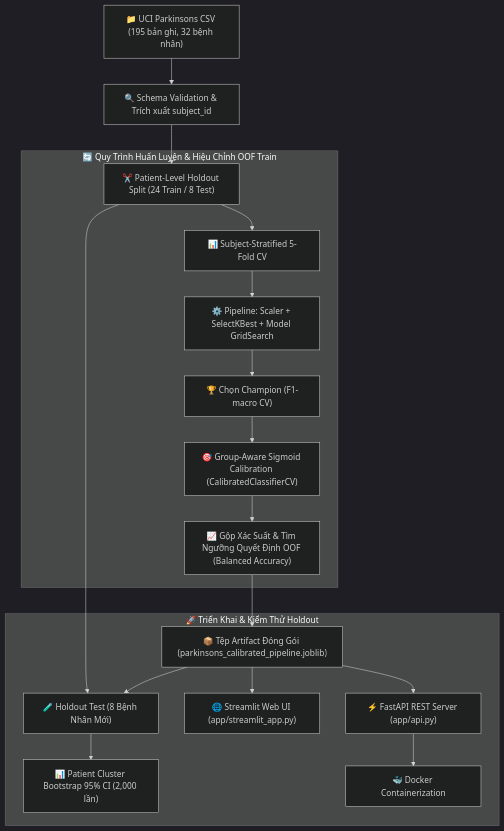
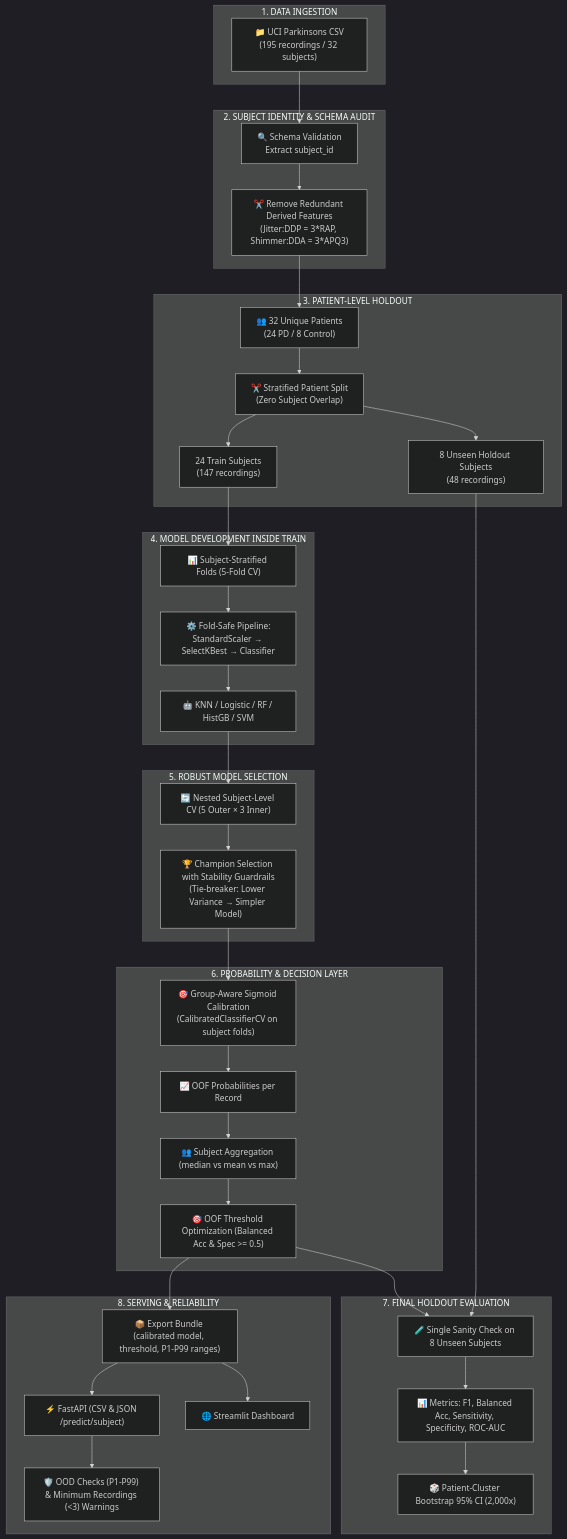
The diagram in README.md (haminhthong/parkinsons-voice-classification), drawn with Mermaid (dark theme) before and after one commit. The commit also changed other lines of this file and 12 other files, not shown here.

````diff
--- a/README.md
+++ b/README.md
@@ -48,23 +71,50 @@
 ```mermaid
 flowchart TD
-    A["📁 UCI Parkinsons CSV (195 bản ghi, 32 bệnh nhân)"] --> B["🔍 Schema Validation & Trích xuất subject_id"]
-    B --> C["✂️ Patient-Level Holdout Split (24 Train / 8 Test)"]
-    
-    subgraph Train_Phase ["🔄 Quy Trình Huấn Luyện & Hiệu Chỉnh OOF Train"]
-        C --> D["📊 Subject-Stratified 5-Fold CV"]
-        D --> E["⚙️ Pipeline: Scaler + SelectKBest + Model GridSearch"]
-        E --> F["🏆 Chọn Champion (F1-macro CV)"]
-        F --> G["🎯 Group-Aware Sigmoid Calibration (CalibratedClassifierCV)"]
-        G --> H["📈 Gộp Xác Suất & Tìm Ngưỡng Quyết Định OOF (Balanced Accuracy)"]
+    subgraph S1 ["1. DATA INGESTION"]
+        D1["📁 UCI Parkinsons CSV<br/>(195 recordings / 32 subjects)"]
     end
 
-    subgraph Deploy_Phase ["🚀 Triển Khai & Kiểm Thử Holdout"]
-        H --> I["📦 Tệp Artifact Đóng Gói (parkinsons_calibrated_pipeline.joblib)"]
-        C --> J["🧪 Holdout Test (8 Bệnh Nhân Mới)"]
-        I --> J
-        J --> K["📊 Patient Cluster Bootstrap 95% CI (2,000 lần)"]
-        I --> L["🌐 Streamlit Web UI (app/streamlit_app.py)"]
-        I --> M["⚡ FastAPI REST Server (app/api.py)"]
-        M --> N["🐳 Docker Containerization"]
+    subgraph S2 ["2. SUBJECT IDENTITY & SCHEMA AUDIT"]
+        D1 --> A1["🔍 Schema Validation<br/>Extract subject_id"]
+        A1 --> A2["✂️ Remove Redundant Derived Features<br/>(Jitter:DDP = 3*RAP, Shimmer:DDA = 3*APQ3)"]
+    end
+
+    subgraph S3 ["3. PATIENT-LEVEL HOLDOUT"]
+        A2 --> H1["👥 32 Unique Patients<br/>(24 PD / 8 Control)"]
+        H1 --> H2["✂️ Stratified Patient Split<br/>(Zero Subject Overlap)"]
+        H2 --> TR["24 Train Subjects<br/>(147 recordings)"]
+        H2 --> HO["8 Unseen Holdout Subjects<br/>(48 recordings)"]
+    end
+
+    subgraph S4 ["4. MODEL DEVELOPMENT INSIDE TRAIN"]
+        TR --> M1["📊 Subject-Stratified Folds (5-Fold CV)"]
+        M1 --> M2["⚙️ Fold-Safe Pipeline:<br/>StandardScaler → SelectKBest → Classifier"]
+        M2 --> M3["🤖 KNN / Logistic / RF / HistGB / SVM"]
+    end
+
+    subgraph S5 ["5. ROBUST MODEL SELECTION"]
+        M3 --> N1["🔄 Nested Subject-Level CV (5 Outer × 3 Inner)"]
+        N1 --> N2["🏆 Champion Selection with Stability Guardrails<br/>(Tie-breaker: Lower Variance → Simpler Model)"]
+    end
+
+    subgraph S6 ["6. PROBABILITY & DECISION LAYER"]
+        N2 --> C1["🎯 Group-Aware Sigmoid Calibration<br/>(CalibratedClassifierCV on subject folds)"]
+        C1 --> C2["📈 OOF Probabilities per Record"]
+        C2 --> C3["👥 Subject Aggregation (median vs mean vs max)"]
+        C3 --> C4["🎯 OOF Threshold Optimization (Balanced Acc & Spec >= 0.5)"]
+    end
+
+    subgraph S7 ["7. FINAL HOLDOUT EVALUATION"]
+        HO --> E1["🧪 Single Sanity Check on 8 Unseen Subjects"]
+        C4 --> E1
+        E1 --> E2["📊 Metrics: F1, Balanced Acc, Sensitivity, Specificity, ROC-AUC"]
+        E2 --> E3["🎲 Patient-Cluster Bootstrap 95% CI (2,000x)"]
+    end
+
+    subgraph S8 ["8. SERVING & RELIABILITY"]
+        C4 --> S8_1["📦 Export Bundle (calibrated model, threshold, P1-P99 ranges)"]
+        S8_1 --> S8_2["⚡ FastAPI (CSV & JSON /predict/subject)"]
+        S8_1 --> S8_3["🌐 Streamlit Dashboard"]
+        S8_2 --> S8_4["🛡️ OOD Checks (P1-P99) & Minimum Recordings (<3) Warnings"]
     end
 ```
````
